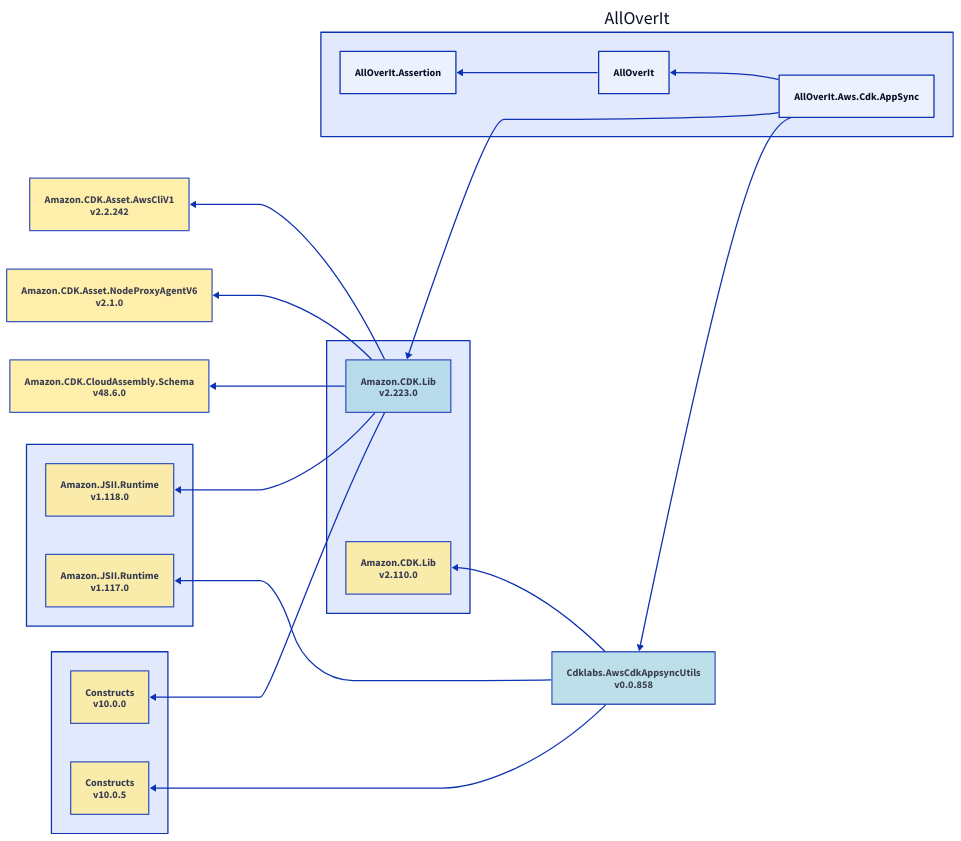
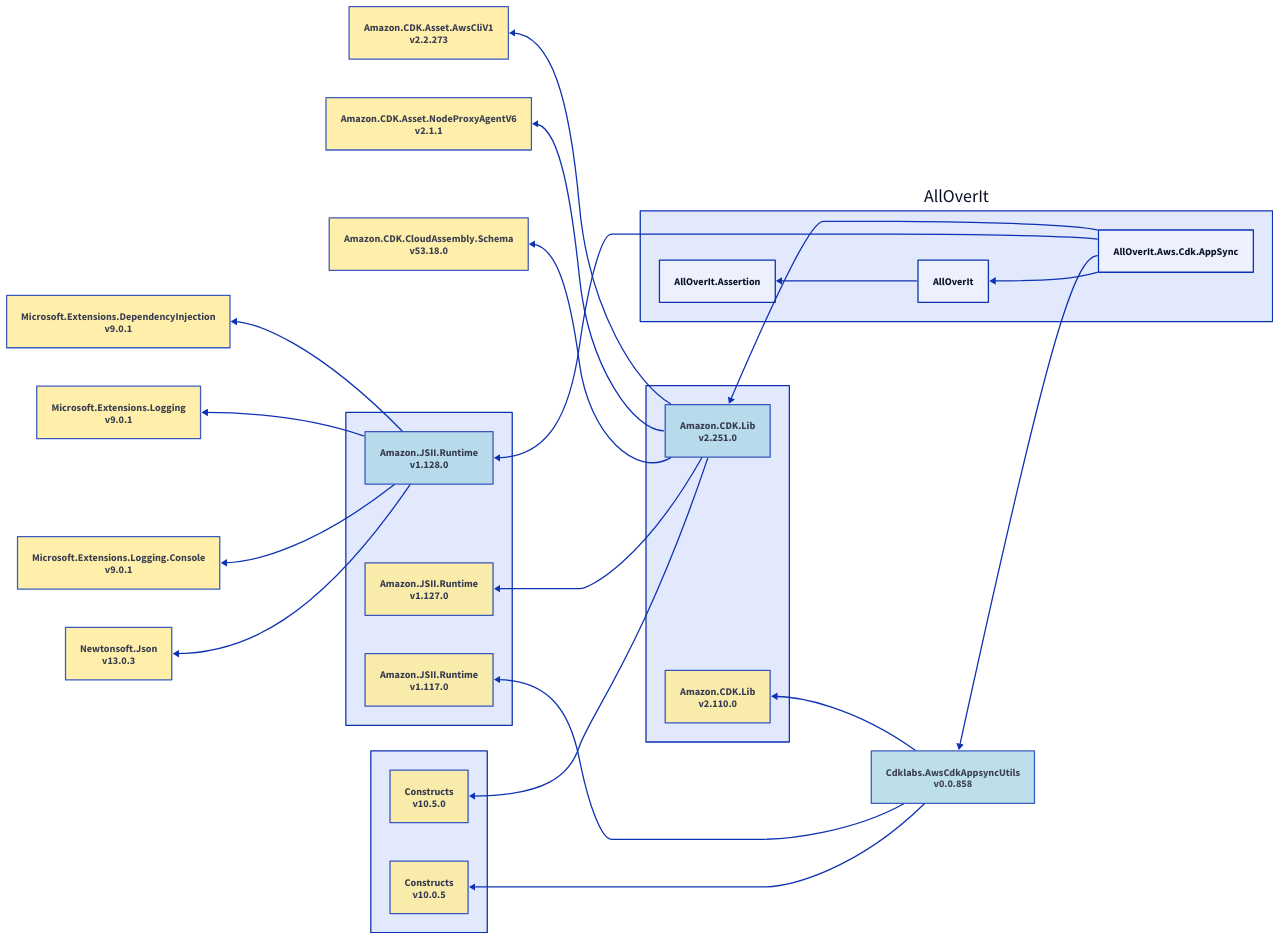
Before and after one commit to mjfreelancing/AllOverIt: the diagram in Docs/Reference/Content/images/dependencies/net10.0/alloverit-aws-cdk-appsync.d2, drawn with D2. The commit also changed 132 other files, not shown here.

```diff
--- a/Docs/Reference/Content/images/dependencies/net10.0/alloverit-aws-cdk-appsync.d2
+++ b/Docs/Reference/Content/images/dependencies/net10.0/alloverit-aws-cdk-appsync.d2
@@ -1,51 +1,71 @@
 direction: left
 
 aoi: AllOverIt
 aoi.alloverit-aws-cdk-appsync: AllOverIt.Aws.Cdk.AppSync
 amazon-cdk-lib-group: ""
-amazon-cdk-lib-group.amazon-cdk-lib_2-223-0: Amazon.CDK.Lib\nv2.223.0
-amazon-cdk-lib-group.amazon-cdk-lib_2-223-0.style.fill: "#ADD8E6"
-amazon-cdk-lib-group.amazon-cdk-lib_2-223-0.style.opacity: 0.8
-amazon-cdk-asset-awscliv1_2-2-242: Amazon.CDK.Asset.AwsCliV1\nv2.2.242
-amazon-cdk-asset-awscliv1_2-2-242.style.fill: "#FFEC96"
-amazon-cdk-asset-awscliv1_2-2-242.style.opacity: 0.8
-amazon-cdk-asset-awscliv1_2-2-242 <- amazon-cdk-lib-group.amazon-cdk-lib_2-223-0
-amazon-cdk-asset-nodeproxyagentv6_2-1-0: Amazon.CDK.Asset.NodeProxyAgentV6\nv2.1.0
-amazon-cdk-asset-nodeproxyagentv6_2-1-0.style.fill: "#FFEC96"
-amazon-cdk-asset-nodeproxyagentv6_2-1-0.style.opacity: 0.8
-amazon-cdk-asset-nodeproxyagentv6_2-1-0 <- amazon-cdk-lib-group.amazon-cdk-lib_2-223-0
-amazon-cdk-cloudassembly-schema_48-6-0: Amazon.CDK.CloudAssembly.Schema\nv48.6.0
-amazon-cdk-cloudassembly-schema_48-6-0.style.fill: "#FFEC96"
-amazon-cdk-cloudassembly-schema_48-6-0.style.opacity: 0.8
-amazon-cdk-cloudassembly-schema_48-6-0 <- amazon-cdk-lib-group.amazon-cdk-lib_2-223-0
+amazon-cdk-lib-group.amazon-cdk-lib_2-251-0: Amazon.CDK.Lib\nv2.251.0
+amazon-cdk-lib-group.amazon-cdk-lib_2-251-0.style.fill: "#ADD8E6"
+amazon-cdk-lib-group.amazon-cdk-lib_2-251-0.style.opacity: 0.8
+amazon-cdk-asset-awscliv1_2-2-273: Amazon.CDK.Asset.AwsCliV1\nv2.2.273
+amazon-cdk-asset-awscliv1_2-2-273.style.fill: "#FFEC96"
+amazon-cdk-asset-awscliv1_2-2-273.style.opacity: 0.8
+amazon-cdk-asset-awscliv1_2-2-273 <- amazon-cdk-lib-group.amazon-cdk-lib_2-251-0
+amazon-cdk-asset-nodeproxyagentv6_2-1-1: Amazon.CDK.Asset.NodeProxyAgentV6\nv2.1.1
+amazon-cdk-asset-nodeproxyagentv6_2-1-1.style.fill: "#FFEC96"
+amazon-cdk-asset-nodeproxyagentv6_2-1-1.style.opacity: 0.8
+amazon-cdk-asset-nodeproxyagentv6_2-1-1 <- amazon-cdk-lib-group.amazon-cdk-lib_2-251-0
+amazon-cdk-cloudassembly-schema_53-18-0: Amazon.CDK.CloudAssembly.Schema\nv53.18.0
+amazon-cdk-cloudassembly-schema_53-18-0.style.fill: "#FFEC96"
+amazon-cdk-cloudassembly-schema_53-18-0.style.opacity: 0.8
+amazon-cdk-cloudassembly-schema_53-18-0 <- amazon-cdk-lib-group.amazon-cdk-lib_2-251-0
 amazon-jsii-runtime-group: ""
-amazon-jsii-runtime-group.amazon-jsii-runtime_1-118-0: Amazon.JSII.Runtime\nv1.118.0
-amazon-jsii-runtime-group.amazon-jsii-runtime_1-118-0.style.fill: "#FFEC96"
-amazon-jsii-runtime-group.amazon-jsii-runtime_1-118-0.style.opacity: 0.8
-amazon-jsii-runtime-group.amazon-jsii-runtime_1-118-0 <- amazon-cdk-lib-group.amazon-cdk-lib_2-223-0
+amazon-jsii-runtime-group.amazon-jsii-runtime_1-127-0: Amazon.JSII.Runtime\nv1.127.0
+amazon-jsii-runtime-group.amazon-jsii-runtime_1-127-0.style.fill: "#FFEC96"
+amazon-jsii-runtime-group.amazon-jsii-runtime_1-127-0.style.opacity: 0.8
+amazon-jsii-runtime-group.amazon-jsii-runtime_1-127-0 <- amazon-cdk-lib-group.amazon-cdk-lib_2-251-0
 constructs-group: ""
-constructs-group.constructs_10-0-0: Constructs\nv10.0.0
-constructs-group.constructs_10-0-0.style.fill: "#FFEC96"
-constructs-group.constructs_10-0-0.style.opacity: 0.8
-constructs-group.constructs_10-0-0 <- amazon-cdk-lib-group.amazon-cdk-lib_2-223-0
-amazon-cdk-lib-group.amazon-cdk-lib_2-223-0 <- aoi.alloverit-aws-cdk-appsync
+constructs-group.constructs_10-5-0: Constructs\nv10.5.0
+constructs-group.constructs_10-5-0.style.fill: "#FFEC96"
+constructs-group.constructs_10-5-0.style.opacity: 0.8
+constructs-group.constructs_10-5-0 <- amazon-cdk-lib-group.amazon-cdk-lib_2-251-0
+amazon-cdk-lib-group.amazon-cdk-lib_2-251-0 <- aoi.alloverit-aws-cdk-appsync
+amazon-jsii-runtime-group.amazon-jsii-runtime_1-128-0: Amazon.JSII.Runtime\nv1.128.0
+amazon-jsii-runtime-group.amazon-jsii-runtime_1-128-0.style.fill: "#ADD8E6"
+amazon-jsii-runtime-group.amazon-jsii-runtime_1-128-0.style.opacity: 0.8
+microsoft-extensions-dependencyinjection_9-0-1: Microsoft.Extensions.DependencyInjection\nv9.0.1
+microsoft-extensions-dependencyinjection_9-0-1.style.fill: "#FFEC96"
+microsoft-extensions-dependencyinjection_9-0-1.style.opacity: 0.8
+microsoft-extensions-dependencyinjection_9-0-1 <- amazon-jsii-runtime-group.amazon-jsii-runtime_1-128-0
+microsoft-extensions-logging_9-0-1: Microsoft.Extensions.Logging\nv9.0.1
+microsoft-extensions-logging_9-0-1.style.fill: "#FFEC96"
+microsoft-extensions-logging_9-0-1.style.opacity: 0.8
+microsoft-extensions-logging_9-0-1 <- amazon-jsii-runtime-group.amazon-jsii-runtime_1-128-0
+microsoft-extensions-logging-console_9-0-1: Microsoft.Extensions.Logging.Console\nv9.0.1
+microsoft-extensions-logging-console_9-0-1.style.fill: "#FFEC96"
+microsoft-extensions-logging-console_9-0-1.style.opacity: 0.8
+microsoft-extensions-logging-console_9-0-1 <- amazon-jsii-runtime-group.amazon-jsii-runtime_1-128-0
+newtonsoft-json_13-0-3: Newtonsoft.Json\nv13.0.3
+newtonsoft-json_13-0-3.style.fill: "#FFEC96"
+newtonsoft-json_13-0-3.style.opacity: 0.8
+newtonsoft-json_13-0-3 <- amazon-jsii-runtime-group.amazon-jsii-runtime_1-128-0
+amazon-jsii-runtime-group.amazon-jsii-runtime_1-128-0 <- aoi.alloverit-aws-cdk-appsync
 cdklabs-awscdkappsyncutils_0-0-858: Cdklabs.AwsCdkAppsyncUtils\nv0.0.858
 cdklabs-awscdkappsyncutils_0-0-858.style.fill: "#ADD8E6"
 cdklabs-awscdkappsyncutils_0-0-858.style.opacity: 0.8
 amazon-cdk-lib-group.amazon-cdk-lib_2-110-0: Amazon.CDK.Lib\nv2.110.0
 amazon-cdk-lib-group.amazon-cdk-lib_2-110-0.style.fill: "#FFEC96"
 amazon-cdk-lib-group.amazon-cdk-lib_2-110-0.style.opacity: 0.8
 amazon-cdk-lib-group.amazon-cdk-lib_2-110-0 <- cdklabs-awscdkappsyncutils_0-0-858
 amazon-jsii-runtime-group.amazon-jsii-runtime_1-117-0: Amazon.JSII.Runtime\nv1.117.0
 amazon-jsii-runtime-group.amazon-jsii-runtime_1-117-0.style.fill: "#FFEC96"
 amazon-jsii-runtime-group.amazon-jsii-runtime_1-117-0.style.opacity: 0.8
 amazon-jsii-runtime-group.amazon-jsii-runtime_1-117-0 <- cdklabs-awscdkappsyncutils_0-0-858
 constructs-group.constructs_10-0-5: Constructs\nv10.0.5
 constructs-group.constructs_10-0-5.style.fill: "#FFEC96"
 constructs-group.constructs_10-0-5.style.opacity: 0.8
 constructs-group.constructs_10-0-5 <- cdklabs-awscdkappsyncutils_0-0-858
 cdklabs-awscdkappsyncutils_0-0-858 <- aoi.alloverit-aws-cdk-appsync
 aoi.alloverit: AllOverIt
 aoi.alloverit-assertion: AllOverIt.Assertion
 aoi.alloverit-assertion <- aoi.alloverit
 aoi.alloverit <- aoi.alloverit-aws-cdk-appsync
```
